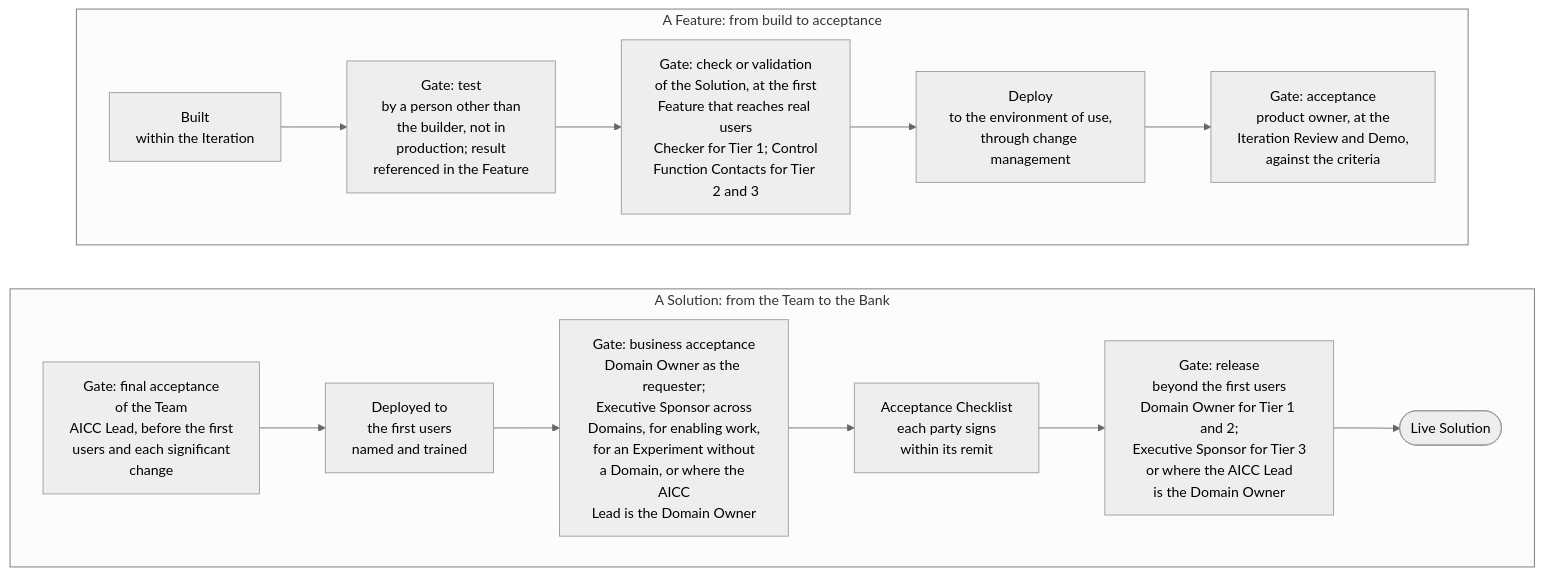
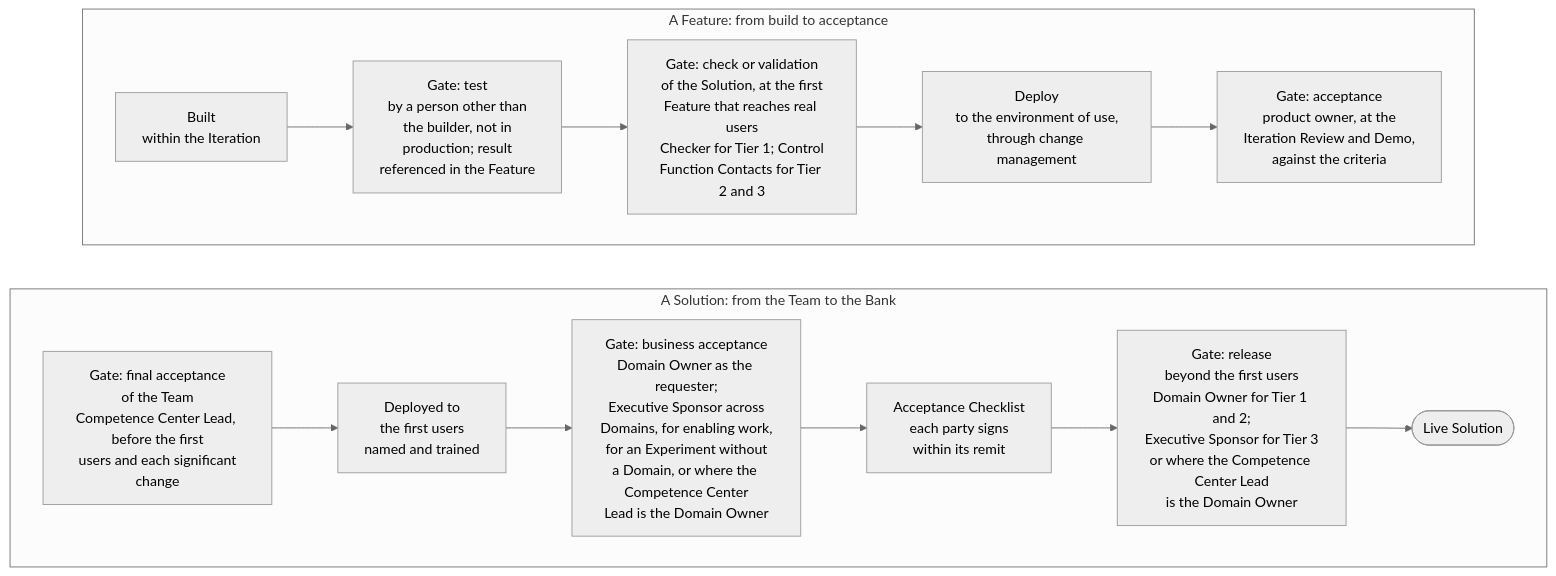
Before and after one commit to devhogu/ob-aicc: the diagram in portal/content/en/delivery/quality-verification-and-release.md, drawn with Mermaid (neutral theme). The commit also changed other lines of this file and 1149 other files, not shown here.

First line of the commit message:
The name Competence Center: AICC stays only as a code (DR-2026-066)

````diff
--- a/portal/content/en/delivery/quality-verification-and-release.md
+++ b/portal/content/en/delivery/quality-verification-and-release.md
@@ -7,19 +7,19 @@
 ```mermaid
 flowchart TB
   subgraph ROW1["A Feature: from build to acceptance"]
     direction LR
     B["Built<br/>within the Iteration"] --> T["Gate: test<br/>by a person other than<br/>the builder, not in<br/>production; result<br/>referenced in the Feature"]
     T --> CV["Gate: check or validation<br/>of the Solution, at the first<br/>Feature that reaches real users<br/>Checker for Tier 1; Control<br/>Function Contacts for Tier 2 and 3"]
     CV --> D["Deploy<br/>to the environment of use,<br/>through change management"]
     D --> A1["Gate: acceptance<br/>product owner, at the<br/>Iteration Review and Demo,<br/>against the criteria"]
   end
   subgraph ROW2["A Solution: from the Team to the Bank"]
     direction LR
-    A2["Gate: final acceptance<br/>of the Team<br/>AICC Lead, before the first<br/>users and each significant<br/>change"] --> FU["Deployed to<br/>the first users<br/>named and trained"]
-    FU --> A3["Gate: business acceptance<br/>Domain Owner as the requester;<br/>Executive Sponsor across<br/>Domains, for enabling work,<br/>for an Experiment without<br/>a Domain, or where the AICC<br/>Lead is the Domain Owner"]
+    A2["Gate: final acceptance<br/>of the Team<br/>Competence Center Lead, before the first<br/>users and each significant<br/>change"] --> FU["Deployed to<br/>the first users<br/>named and trained"]
+    FU --> A3["Gate: business acceptance<br/>Domain Owner as the requester;<br/>Executive Sponsor across<br/>Domains, for enabling work,<br/>for an Experiment without<br/>a Domain, or where the Competence Center<br/>Lead is the Domain Owner"]
     A3 --> CL["Acceptance Checklist<br/>each party signs<br/>within its remit"]
-    CL --> RL["Gate: release<br/>beyond the first users<br/>Domain Owner for Tier 1 and 2;<br/>Executive Sponsor for Tier 3<br/>or where the AICC Lead<br/>is the Domain Owner"]
+    CL --> RL["Gate: release<br/>beyond the first users<br/>Domain Owner for Tier 1 and 2;<br/>Executive Sponsor for Tier 3<br/>or where the Competence Center Lead<br/>is the Domain Owner"]
     RL --> LV(["Live Solution"])
   end
   ROW1 ~~~ ROW2
 ```
````
